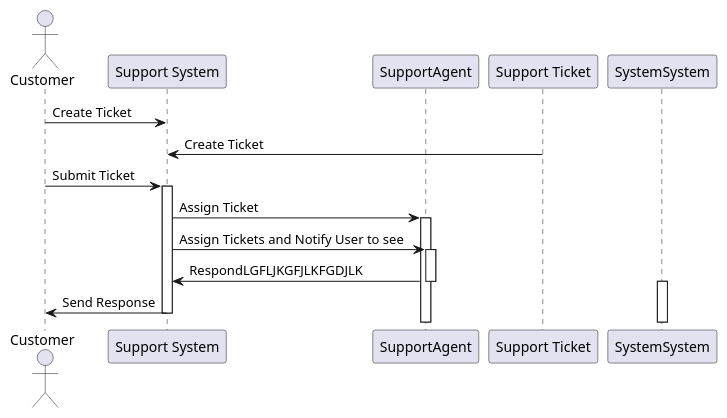
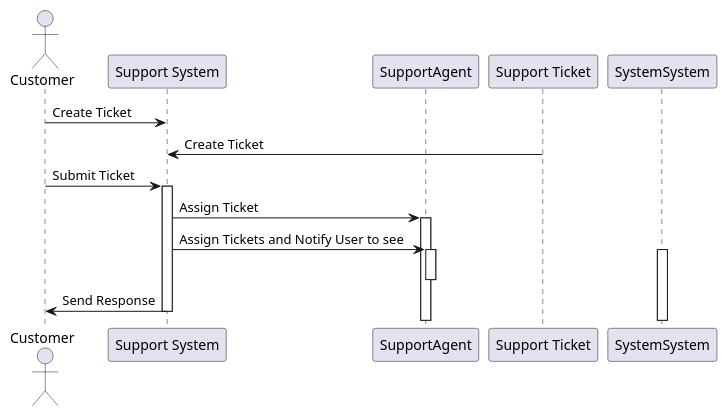
Before and after one commit to alladin7000/alladin7000.github.io: the diagram in diagrams/s.puml, drawn with PlantUML.

```diff
--- a/diagrams/s.puml
+++ b/diagrams/s.puml
@@ -1,23 +1,22 @@
 @startuml
 actor Customer
 participant "Support System" as System
 participant "SupportAgent"
 participant "Support Ticket" as Ticket
 Customer -> System : Create Ticket
 Ticket -> System : Create Ticket
 Customer -> System : Submit Ticket
 activate System
 
 System -> SupportAgent : Assign Ticket
 activate SupportAgent
 
 System -> SupportAgent : Assign Tickets and Notify User to see 
 activate SupportAgent
 
-SupportAgent -> System : RespondLGFLJKGFJLKFGDJLK
 deactivate SupportAgent
 activate SystemSystem
 
 System -> Customer : Send Response
 deactivate System
 @enduml
```
